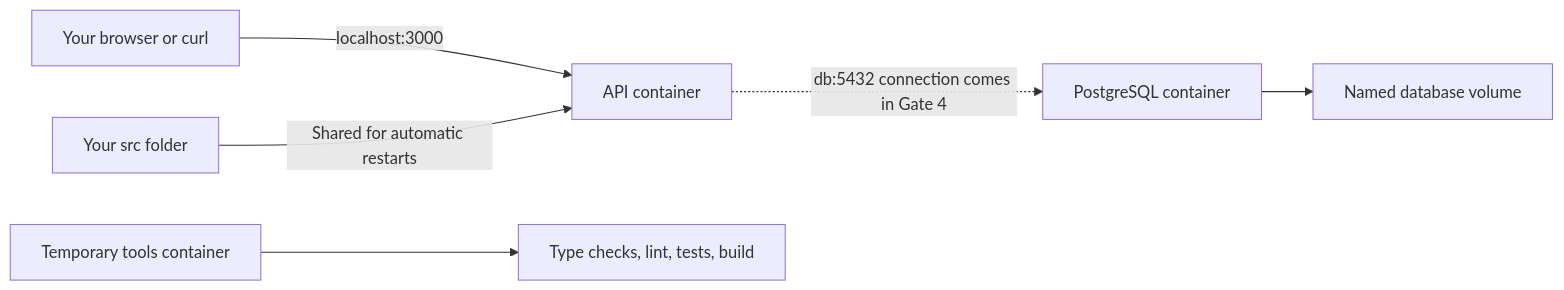
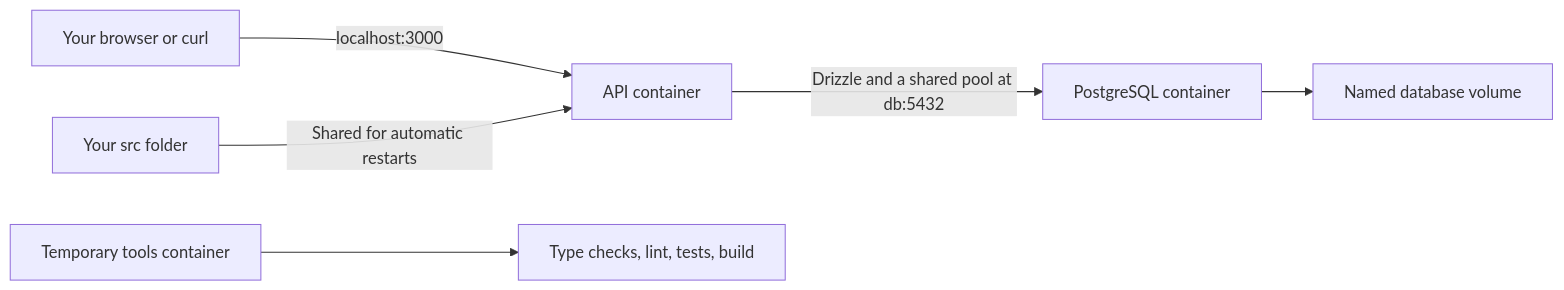
Before and after one commit to jaminwebdev/hono-drizzle-api: the diagram in README.md, drawn with Mermaid. The commit also changed other lines of this file and 19 other files, not shown here.

````diff
--- a/README.md
+++ b/README.md
@@ -47,8 +47,8 @@
 ```mermaid
 flowchart LR
     Client["Your browser or curl"] -->|"localhost:3000"| API["API container"]
     Source["Your src folder"] -->|"Shared for automatic restarts"| API
-    API -.->|"db:5432 connection comes in Gate 4"| DB["PostgreSQL container"]
+    API -->|"Drizzle and a shared pool at db:5432"| DB["PostgreSQL container"]
     DB --> Data["Named database volume"]
     Tools["Temporary tools container"] --> Checks["Type checks, lint, tests, build"]
 ```
````
